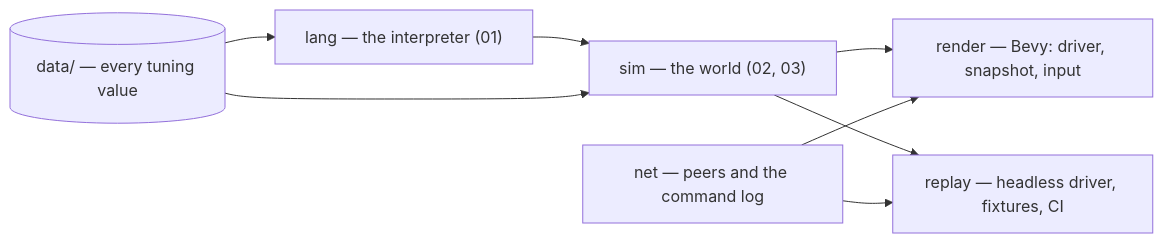
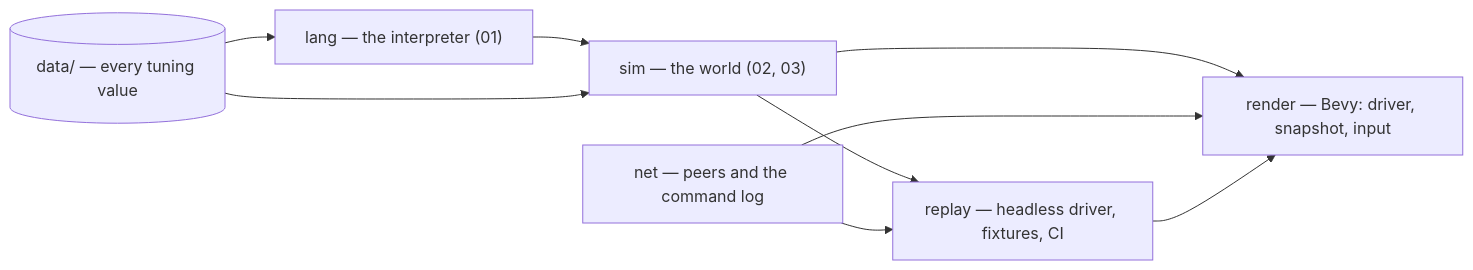
One commit to mmmtastymmm/programming-game-planned-2 changed the diagram in docs/06-architecture.md. Above: the diagram before and after it, drawn with Mermaid. The commit also changed other lines of this file and 10 other files, not shown here.

````diff
--- a/docs/06-architecture.md
+++ b/docs/06-architecture.md
@@ -58,10 +58,11 @@
 ```mermaid
 flowchart LR
   lang["lang — the interpreter (01)"] --> sim["sim — the world (02, 03)"]
   sim --> render["render — Bevy: driver, snapshot, input"]
   sim --> replay["replay — headless driver, fixtures, CI"]
   net["net — peers and the command log"] --> render
   net --> replay
+  replay --> render
   data[("data/ — every tuning value")] --> lang
   data --> sim
 ```
````
